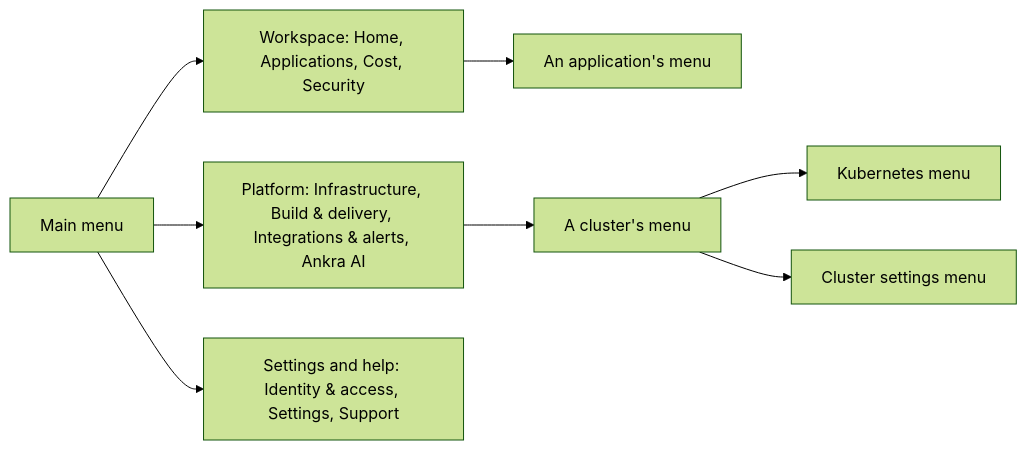
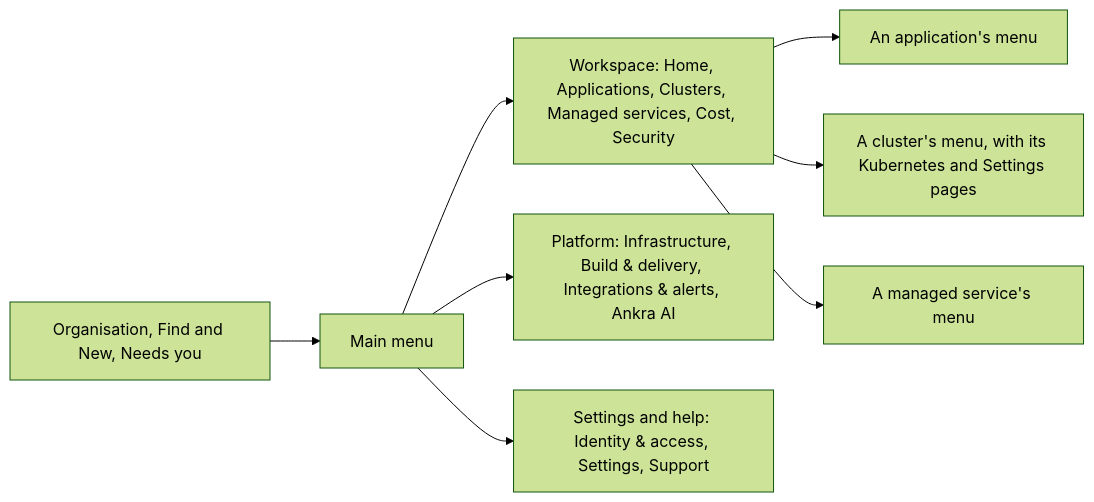
One commit to ankraio/ankra-docs changed the diagram in platform/find-your-way-around.mdx. Above: the diagram before and after it, drawn with Mermaid (forest theme). The commit also changed other lines of this file and 18 other files, not shown here.

First line of the commit message:
docs(menu): the main menu and Needs you as they now are (ankra-nwtxnq)

````diff
--- a/platform/find-your-way-around.mdx
+++ b/platform/find-your-way-around.mdx
@@ -11,10 +11,10 @@
 ```mermaid
 flowchart LR
-  main["Main menu"] --> ws["Workspace: Home, Applications, Cost, Security"]
+  top["Organisation, Find and New, Needs you"] --> main["Main menu"]
+  main --> ws["Workspace: Home, Applications, Clusters, Managed services, Cost, Security"]
   main --> platform["Platform: Infrastructure, Build & delivery, Integrations & alerts, Ankra AI"]
   main --> help["Settings and help: Identity & access, Settings, Support"]
   ws --> app["An application's menu"]
-  platform --> cluster["A cluster's menu"]
-  cluster --> kube["Kubernetes menu"]
-  cluster --> settings["Cluster settings menu"]
+  ws --> cluster["A cluster's menu, with its Kubernetes and Settings pages"]
+  ws --> service["A managed service's menu"]
 ```
````
